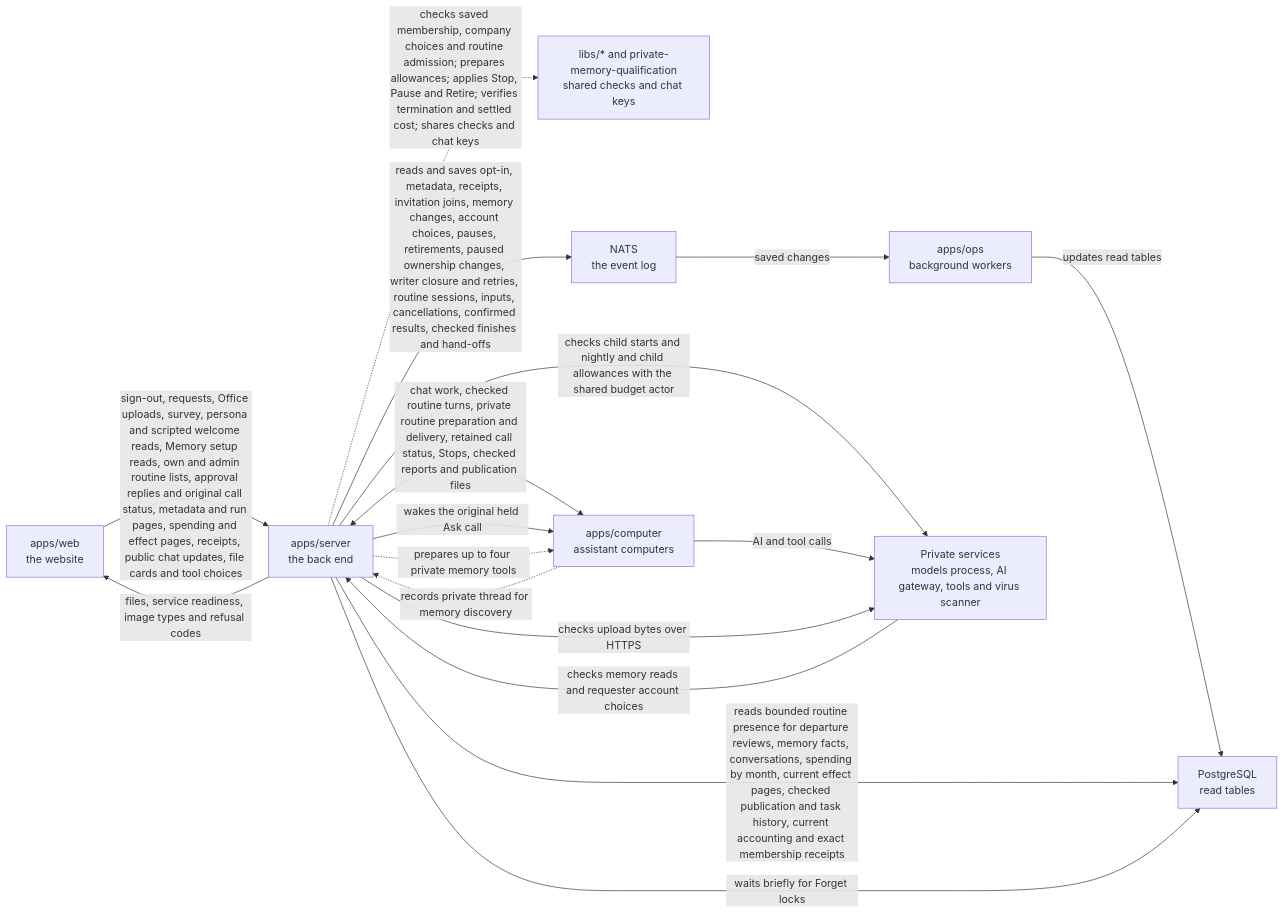
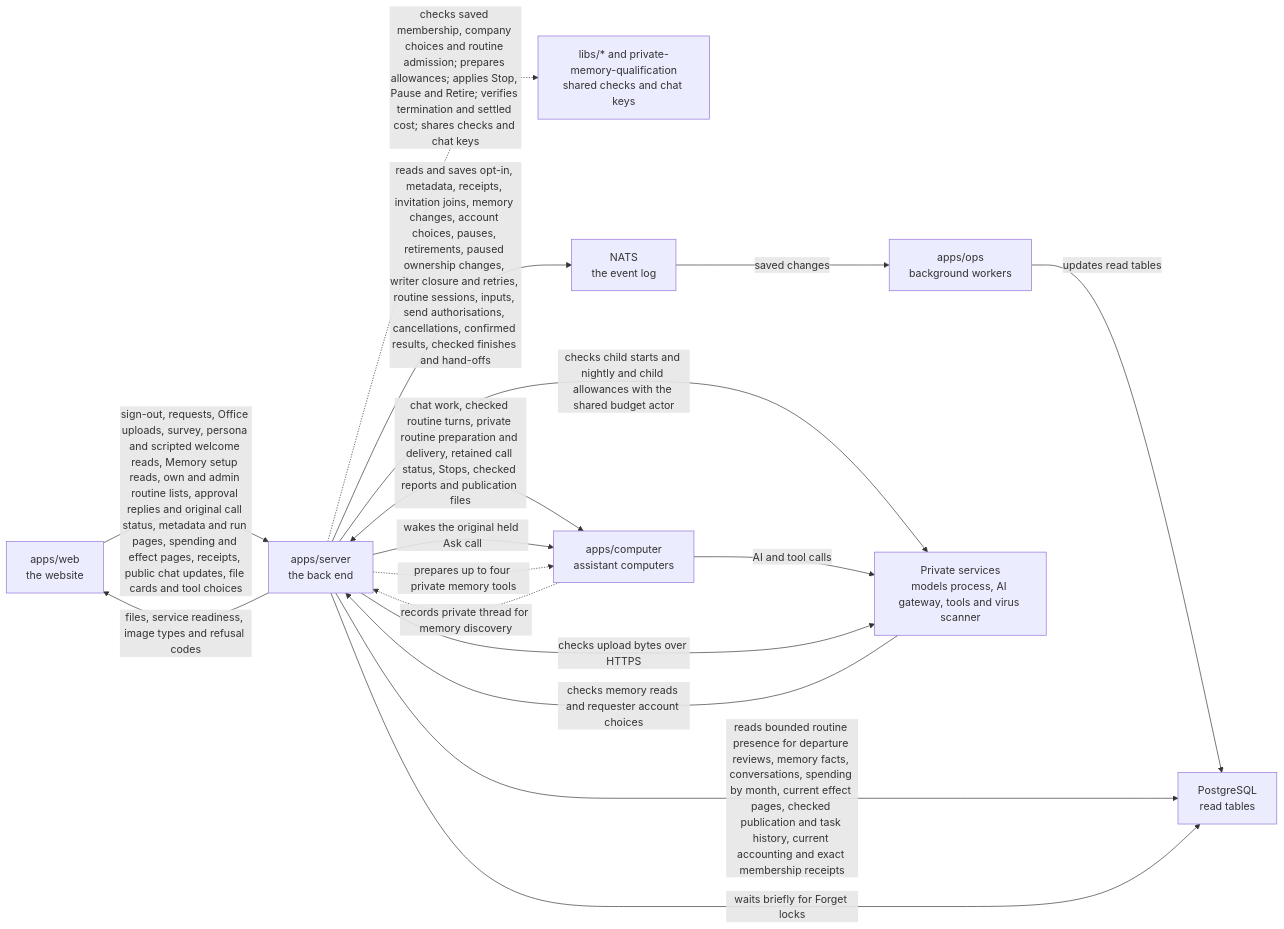
The diagram in apps/server/README.md (elewa-git/opencrane-new), drawn with Mermaid before and after one commit. The commit also changed other lines of this file and 13 other files, not shown here.

Commit message:
🔒 Authorise the routine send with a conditional event append

````diff
--- a/apps/server/README.md
+++ b/apps/server/README.md
@@ -228,19 +228,19 @@
 ```mermaid
 flowchart LR
   web["apps/web<br/>the website"] -->|sign-out, requests, Office uploads, survey, persona and scripted welcome reads, Memory setup reads, own and admin routine lists, approval replies and original call status, metadata and run pages, spending and effect pages, receipts, public chat updates, file cards and tool choices| server["apps/server<br/>the back end"]
   server -.->|checks saved membership, company choices and routine admission; prepares allowances; applies Stop, Pause and Retire; verifies termination and settled cost; shares checks and chat keys| libs["libs/* and private-memory-qualification<br/>shared checks and chat keys"]
-  server -->|reads and saves opt-in, metadata, receipts, invitation joins, memory changes, account choices, pauses, retirements, paused ownership changes, writer closure and retries, routine sessions, inputs, cancellations, confirmed results, checked finishes and hand-offs| nats["NATS<br/>the event log"]
+  server -->|reads and saves opt-in, metadata, receipts, invitation joins, memory changes, account choices, pauses, retirements, paused ownership changes, writer closure and retries, routine sessions, inputs, send authorisations, cancellations, confirmed results, checked finishes and hand-offs| nats["NATS<br/>the event log"]
   nats -->|saved changes| ops["apps/ops<br/>background workers"]
   ops -->|updates read tables| postgres["PostgreSQL<br/>read tables"]
   server -->|reads bounded routine presence for departure reviews, memory facts, conversations, spending by month, current effect pages, checked publication and task history, current accounting and exact membership receipts| postgres
   server -->|waits briefly for Forget locks| postgres
   server <-->|chat work, checked routine turns, private routine preparation and delivery, retained call status, Stops, checked reports and publication files| computer["apps/computer<br/>assistant computers"]
   server -->|wakes the original held Ask call| computer
   server -->|checks child starts and nightly and child allowances with the shared budget actor| runtime
   computer -.->|records private thread for memory discovery| server
   server -.->|prepares up to four private memory tools| computer
   computer -->|AI and tool calls| runtime["Private services<br/>models process, AI gateway, tools and virus scanner"]
   server -->|files, service readiness, image types and refusal codes| web
   server -->|checks upload bytes over HTTPS| runtime
   runtime -->|checks memory reads and requester account choices| server
 ```
````
